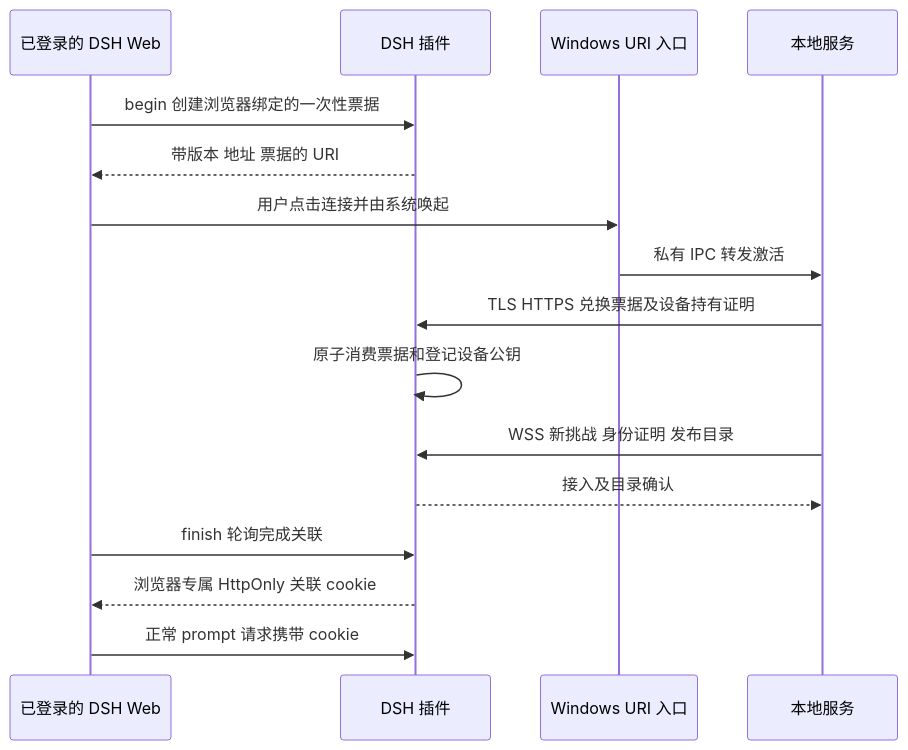
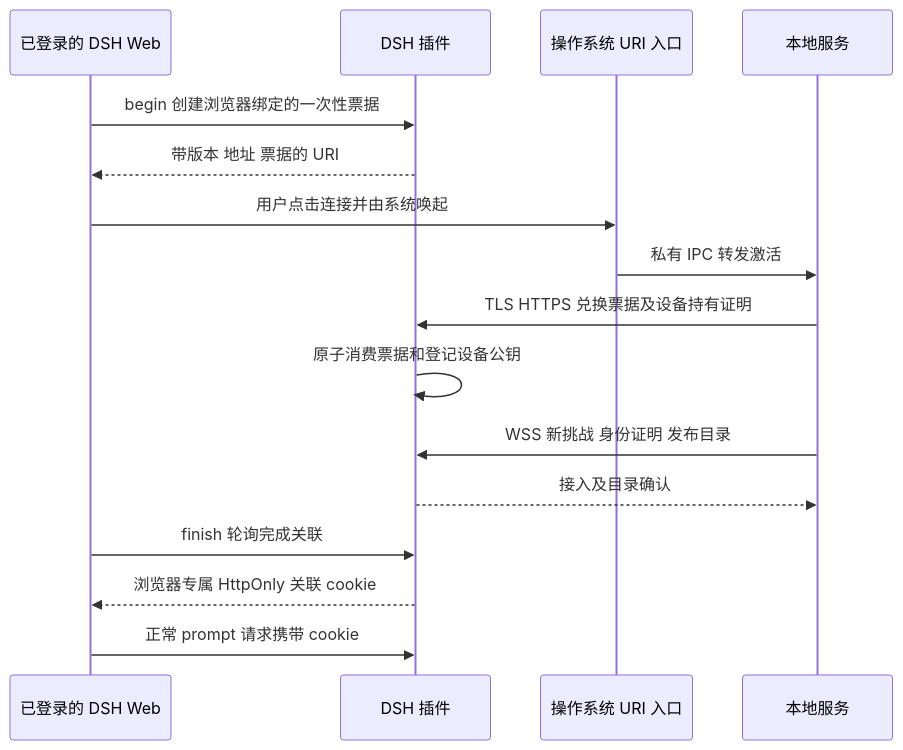
The second of 2 diagrams in docs/design.md (j-show/dsh-plugin-mcp-proxy), drawn with Mermaid before and after one commit. The commit also changed other lines of this file and 35 other files, not shown here.

````diff
--- a/docs/design.md
+++ b/docs/design.md
@@ -62,18 +64,18 @@
 ```mermaid
 sequenceDiagram
   participant W as 已登录的 DSH Web
   participant H as DSH 插件
-  participant O as Windows URI 入口
+  participant O as 操作系统 URI 入口
   participant L as 本地服务
   W->>H: begin 创建浏览器绑定的一次性票据
   H-->>W: 带版本 地址 票据的 URI
   W->>O: 用户点击连接并由系统唤起
   O->>L: 私有 IPC 转发激活
   L->>H: TLS HTTPS 兑换票据及设备持有证明
   H->>H: 原子消费票据和登记设备公钥
   L->>H: WSS 新挑战 身份证明 发布目录
   H-->>L: 接入及目录确认
   W->>H: finish 轮询完成关联
   H-->>W: 浏览器专属 HttpOnly 关联 cookie
   W->>H: 正常 prompt 请求携带 cookie
 ```
````
